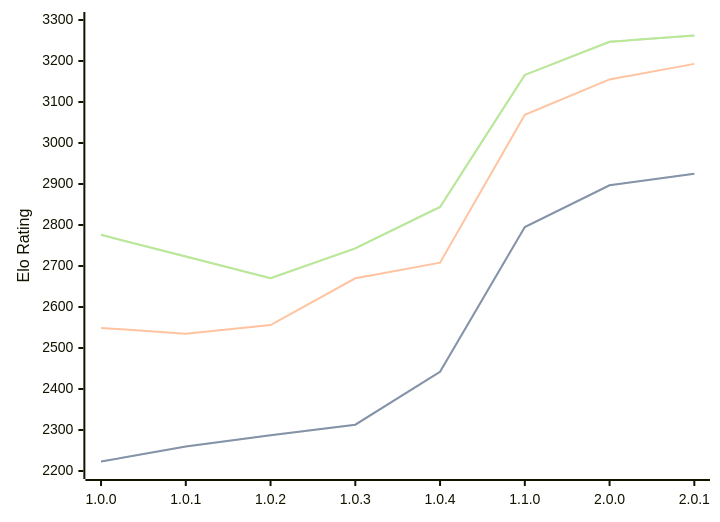
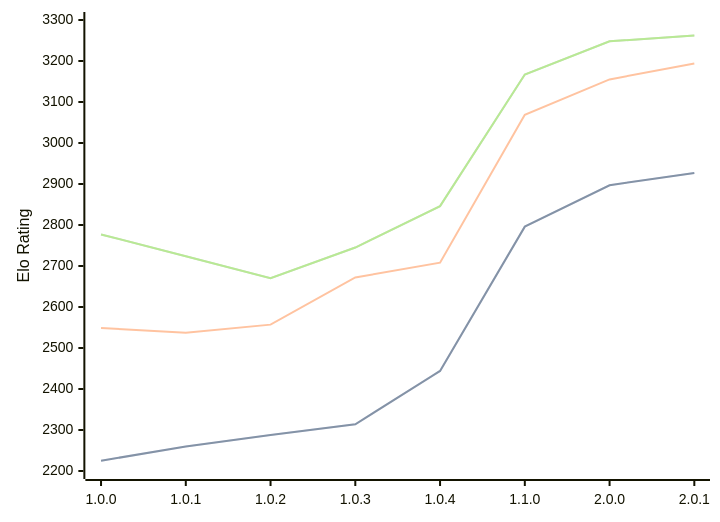
One commit to computer-chess-index/cci changed the diagram in engines/Grail.md. Above: the diagram before and after it, drawn with Mermaid. The commit also changed other lines of this file, not shown here.

Commit message:
Update CCI Ratings (ELO VLTC) - 2026-07-24

````diff
--- a/engines/Grail.md
+++ b/engines/Grail.md
@@ -38,11 +38,11 @@
 ```mermaid
 %%{init: {"theme":"base","themeVariables":{"seriesColors:['#a3a3a3','#222221','#faa371']}}}%%
 xychart-beta
   x-axis ["1.0.0", "1.0.1", "1.0.2", "1.0.3", "1.0.4", "1.1.0", "2.0.0", "2.0.1"]
   y-axis "Elo Rating" 2200 --> 3300
-  line "STC (8.0+0.08s)" [2223, 2260, 2287, 2313, 2442, 2795, 2897, 2925]
-  line "STC (8.0+0.08s)" [2223, 2260, 2287, 2313, 2442, 2795, 2897, 2925]
-  line "LTC (60.0+0.60s)" [2549, 2535, 2556, 2670, 2708, 3069, 3155, 3193]
-  line "VLTC (2m24s+1.12s)" [2776, 2723, 2670, 2743, 2844, 3166, 3247, 3262]
-  line "VLTC (2m24s+1.12s)" [2776, 2723, 2670, 2743, 2844, 3166, 3247, 3262]
+  line "STC (8.0+0.08s)" [2225, 2260, 2288, 2314, 2444, 2796, 2897, 2927]
+  line "STC (8.0+0.08s)" [2225, 2260, 2288, 2314, 2444, 2796, 2897, 2927]
+  line "LTC (60.0+0.60s)" [2549, 2537, 2557, 2672, 2708, 3069, 3155, 3194]
+  line "VLTC (2m24s+1.12s)" [2777, 2724, 2670, 2745, 2846, 3167, 3248, 3262]
+  line "VLTC (2m24s+1.12s)" [2777, 2724, 2670, 2745, 2846, 3167, 3248, 3262]
 ```
````
